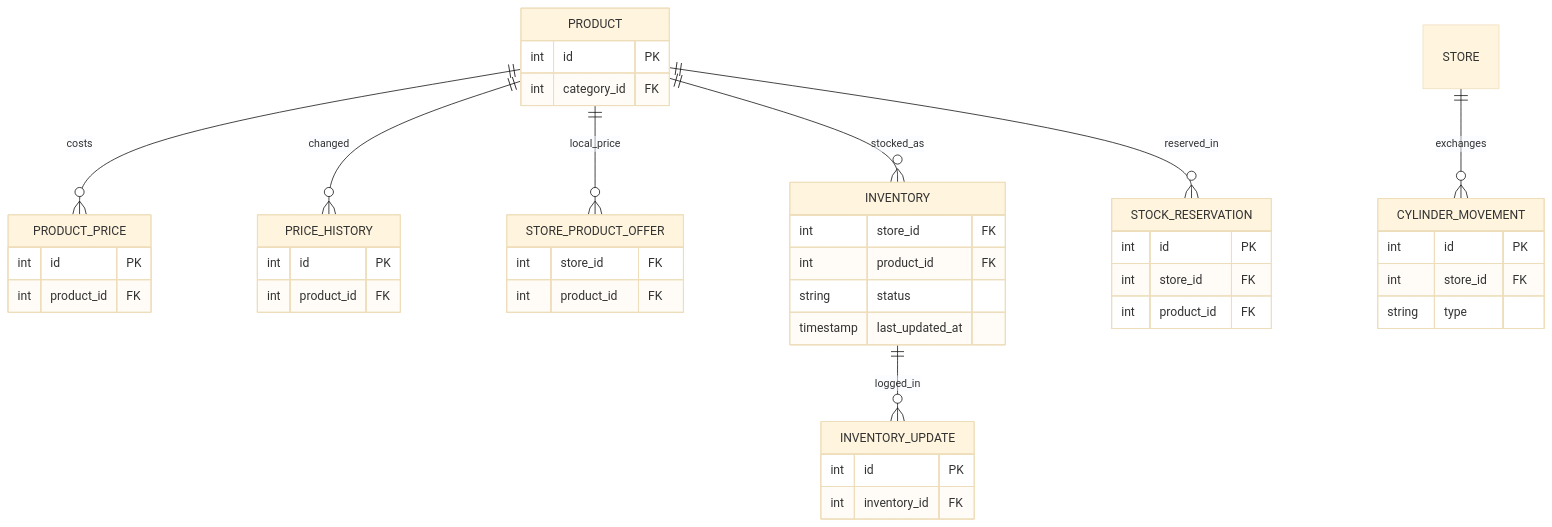
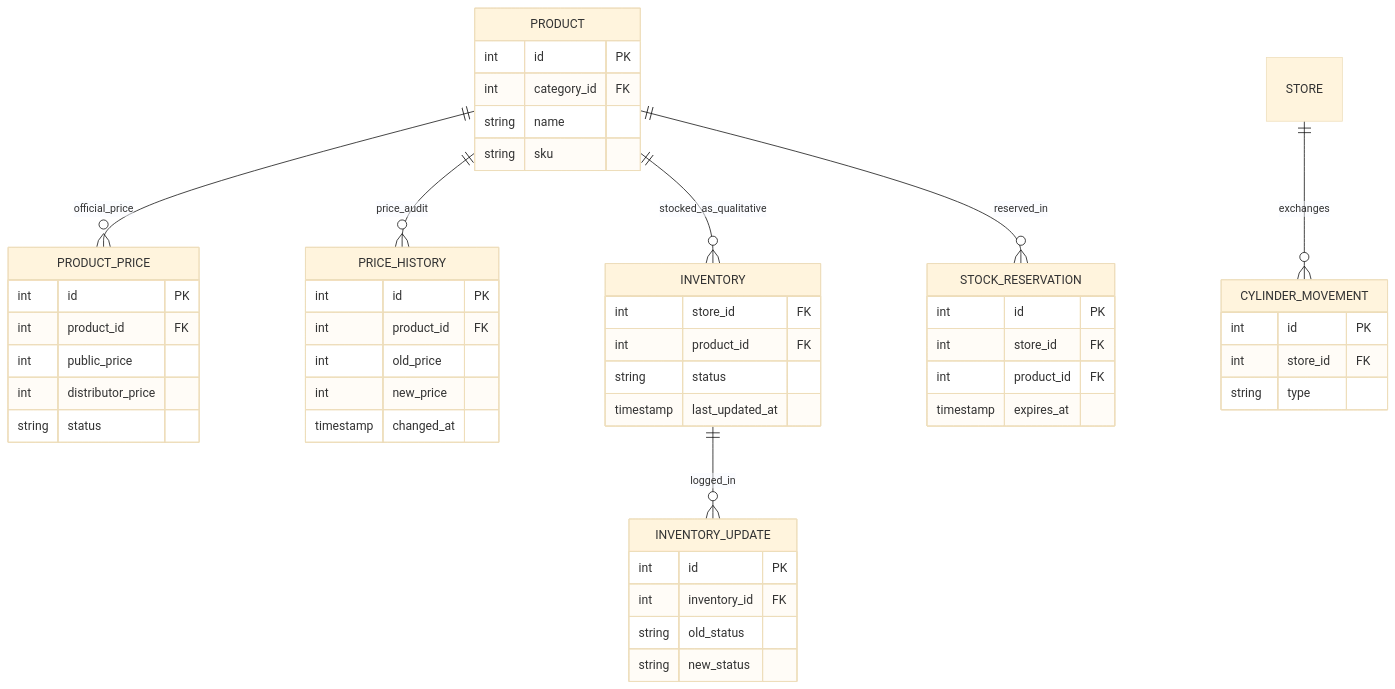
Before and after one commit to durelpro/pleingaz: the fourth of 7 diagrams in docs/03-modele-donnees-etats.md, drawn with Mermaid (base theme). The commit also changed other lines of this file and 4 other files, not shown here.

````diff
--- a/docs/03-modele-donnees-etats.md
+++ b/docs/03-modele-donnees-etats.md
@@ -181,46 +205,52 @@
 ```mermaid
 erDiagram
     PRODUCT {
         int id PK
         int category_id FK
+        string name
+        string sku
     }
     PRODUCT_PRICE {
         int id PK
         int product_id FK
+        int public_price
+        int distributor_price
+        string status
     }
     PRICE_HISTORY {
         int id PK
         int product_id FK
-    }
-    STORE_PRODUCT_OFFER {
-        int store_id FK
-        int product_id FK
+        int old_price
+        int new_price
+        timestamp changed_at
     }
     INVENTORY {
         int store_id FK
         int product_id FK
         string status
         timestamp last_updated_at
     }
     INVENTORY_UPDATE {
         int id PK
         int inventory_id FK
+        string old_status
+        string new_status
     }
     STOCK_RESERVATION {
         int id PK
         int store_id FK
         int product_id FK
+        timestamp expires_at
     }
     CYLINDER_MOVEMENT {
         int id PK
         int store_id FK
         string type
     }
-    PRODUCT ||--o{ PRODUCT_PRICE : "costs"
-    PRODUCT ||--o{ PRICE_HISTORY : "changed"
-    PRODUCT ||--o{ STORE_PRODUCT_OFFER : "local_price"
-    PRODUCT ||--o{ INVENTORY : "stocked_as"
+    PRODUCT ||--o{ PRODUCT_PRICE : "official_price"
+    PRODUCT ||--o{ PRICE_HISTORY : "price_audit"
+    PRODUCT ||--o{ INVENTORY : "stocked_as_qualitative"
     INVENTORY ||--o{ INVENTORY_UPDATE : "logged_in"
     PRODUCT ||--o{ STOCK_RESERVATION : "reserved_in"
     STORE ||--o{ CYLINDER_MOVEMENT : "exchanges"
 ```
````
